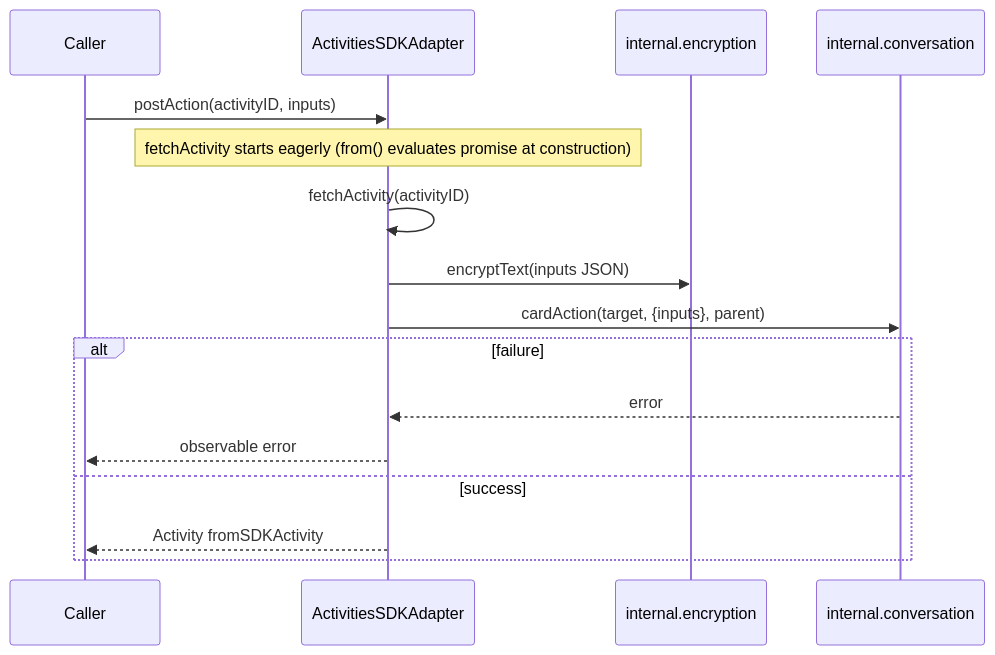
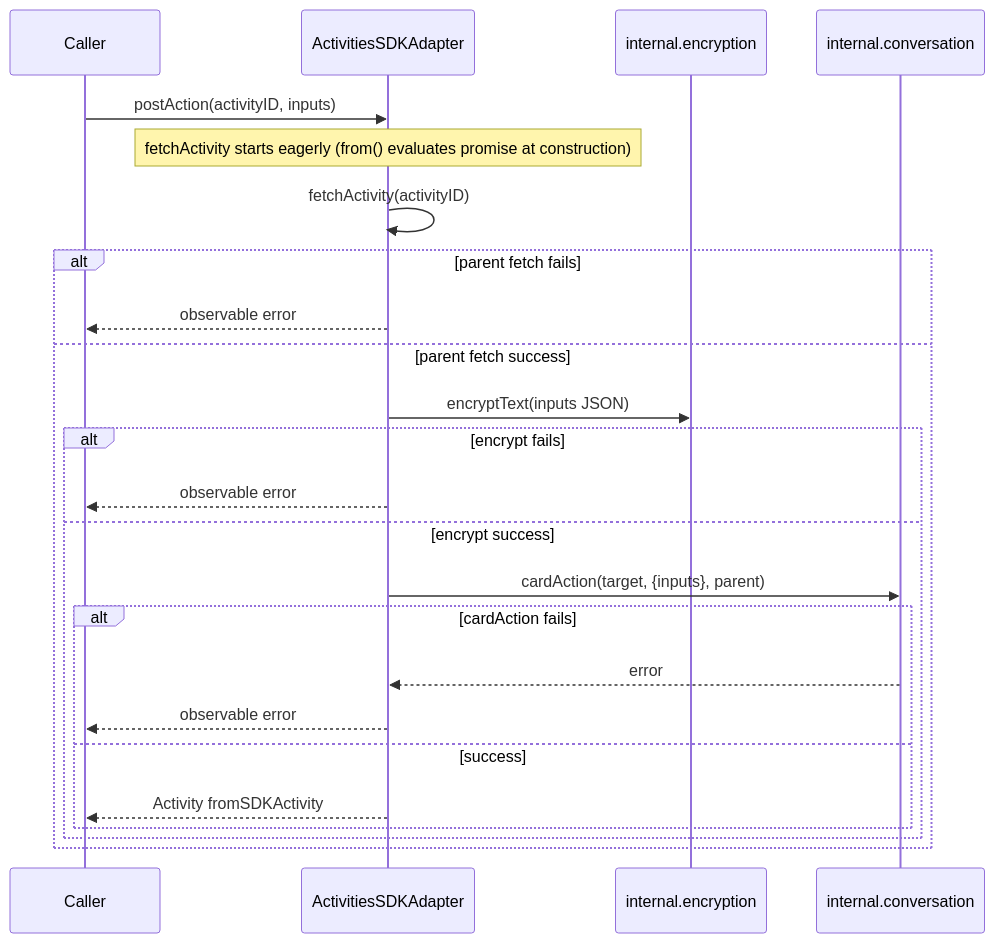
One commit to webex/sdk-component-adapter changed the fourth of 7 diagrams in src/ai-docs/activities-sdk-adapter-spec.md. Above: the diagram before and after it, drawn with Mermaid. The commit also changed other lines of this file and 7 other files, not shown here.

````diff
--- a/src/ai-docs/activities-sdk-adapter-spec.md
+++ b/src/ai-docs/activities-sdk-adapter-spec.md
@@ -179,19 +181,27 @@
 ```mermaid
 sequenceDiagram
   participant Caller
   participant Adapter as ActivitiesSDKAdapter
   participant Enc as internal.encryption
   participant Conv as internal.conversation
 
   Caller->>Adapter: postAction(activityID, inputs)
   Note over Adapter: fetchActivity starts eagerly (from() evaluates promise at construction)
   Adapter->>Adapter: fetchActivity(activityID)
-  Adapter->>Enc: encryptText(inputs JSON)
-  Adapter->>Conv: cardAction(target, {inputs}, parent)
-  alt failure
-    Conv-->>Adapter: error
+  alt parent fetch fails
     Adapter-->>Caller: observable error
-  else success
-    Adapter-->>Caller: Activity fromSDKActivity
+  else parent fetch success
+    Adapter->>Enc: encryptText(inputs JSON)
+    alt encrypt fails
+      Adapter-->>Caller: observable error
+    else encrypt success
+      Adapter->>Conv: cardAction(target, {inputs}, parent)
+      alt cardAction fails
+        Conv-->>Adapter: error
+        Adapter-->>Caller: observable error
+      else success
+        Adapter-->>Caller: Activity fromSDKActivity
+      end
+    end
   end
 ```
````
